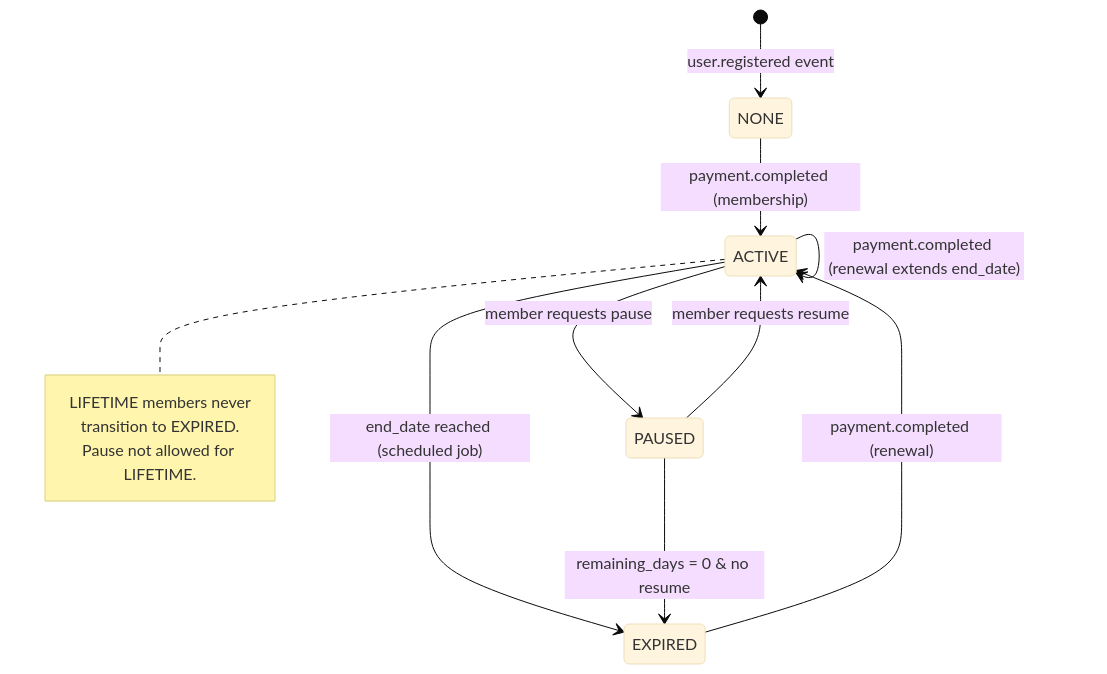
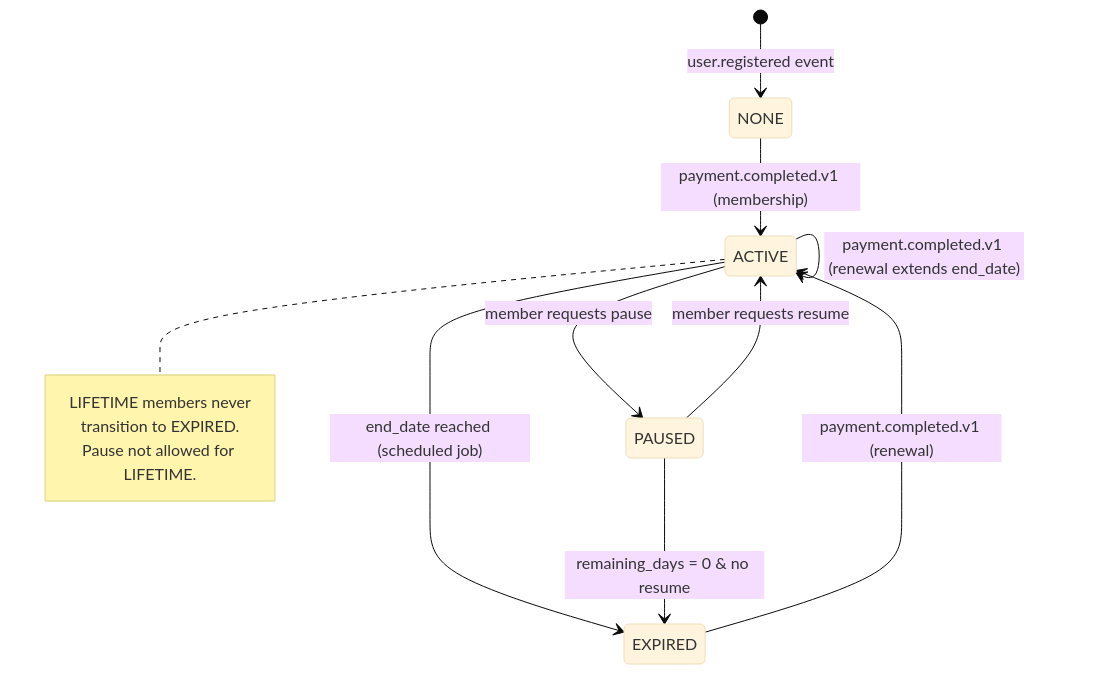
One commit to pploc/gym-architect changed the first of 2 diagrams in services/02-ms-gym-member.md. Above: the diagram before and after it, drawn with Mermaid (base theme). The commit also changed other lines of this file and 15 other files, not shown here.

````diff
--- a/services/02-ms-gym-member.md
+++ b/services/02-ms-gym-member.md
@@ -20,22 +21,22 @@
 ```mermaid
 stateDiagram-v2
     [*] --> NONE: user.registered event
 
-    NONE --> ACTIVE: payment.completed (membership)
+    NONE --> ACTIVE: payment.completed.v1 (membership)
 
     ACTIVE --> PAUSED: member requests pause
     ACTIVE --> EXPIRED: end_date reached (scheduled job)
 
     PAUSED --> ACTIVE: member requests resume
     PAUSED --> EXPIRED: remaining_days = 0 & no resume
 
-    EXPIRED --> ACTIVE: payment.completed (renewal)
+    EXPIRED --> ACTIVE: payment.completed.v1 (renewal)
 
-    ACTIVE --> ACTIVE: payment.completed (renewal extends end_date)
+    ACTIVE --> ACTIVE: payment.completed.v1 (renewal extends end_date)
 
     note right of ACTIVE
         LIFETIME members never
         transition to EXPIRED.
         Pause not allowed for LIFETIME.
     end note
 ```
````
